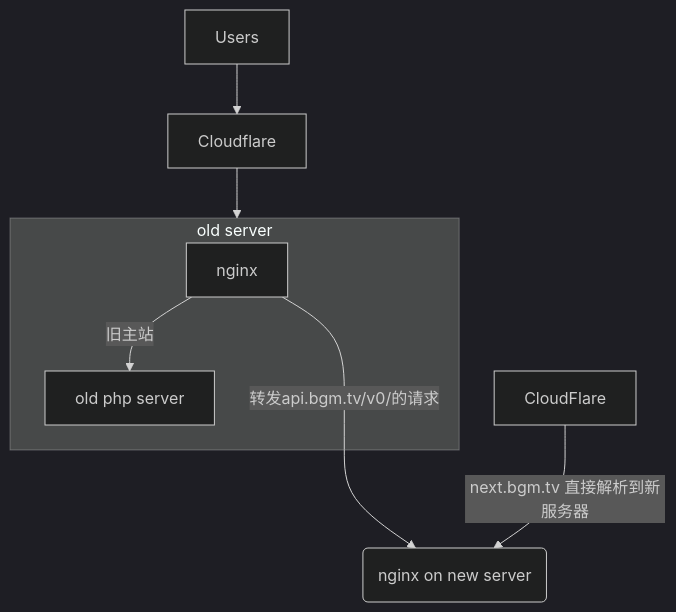
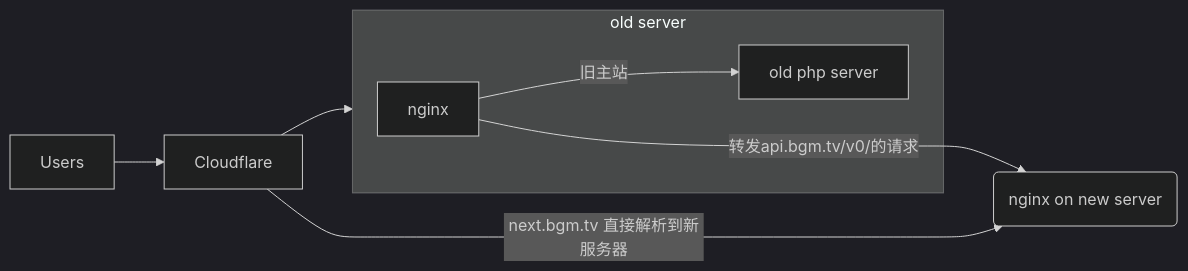
The first of 2 diagrams in readme.md (bangumi/server), drawn with Mermaid (dark theme) before and after one commit. The commit also changed 1 other file, not shown here.

````diff
--- a/readme.md
+++ b/readme.md
@@ -65,13 +65,13 @@
 ```mermaid
-flowchart TD
+flowchart LR
   Users --> Cloudflare --> Old
 
   subgraph Old[old server]
     nginx
     nginx --> |旧主站|php[old php server];
   end
 
 
   nginx ---> |转发api.bgm.tv/v0/的请求| Nginx(nginx on new server);
-  CloudFlare --> |next.bgm.tv 直接解析到新服务器|Nginx;
+  Cloudflare --> |next.bgm.tv 直接解析到新服务器|Nginx;
 ```
````
